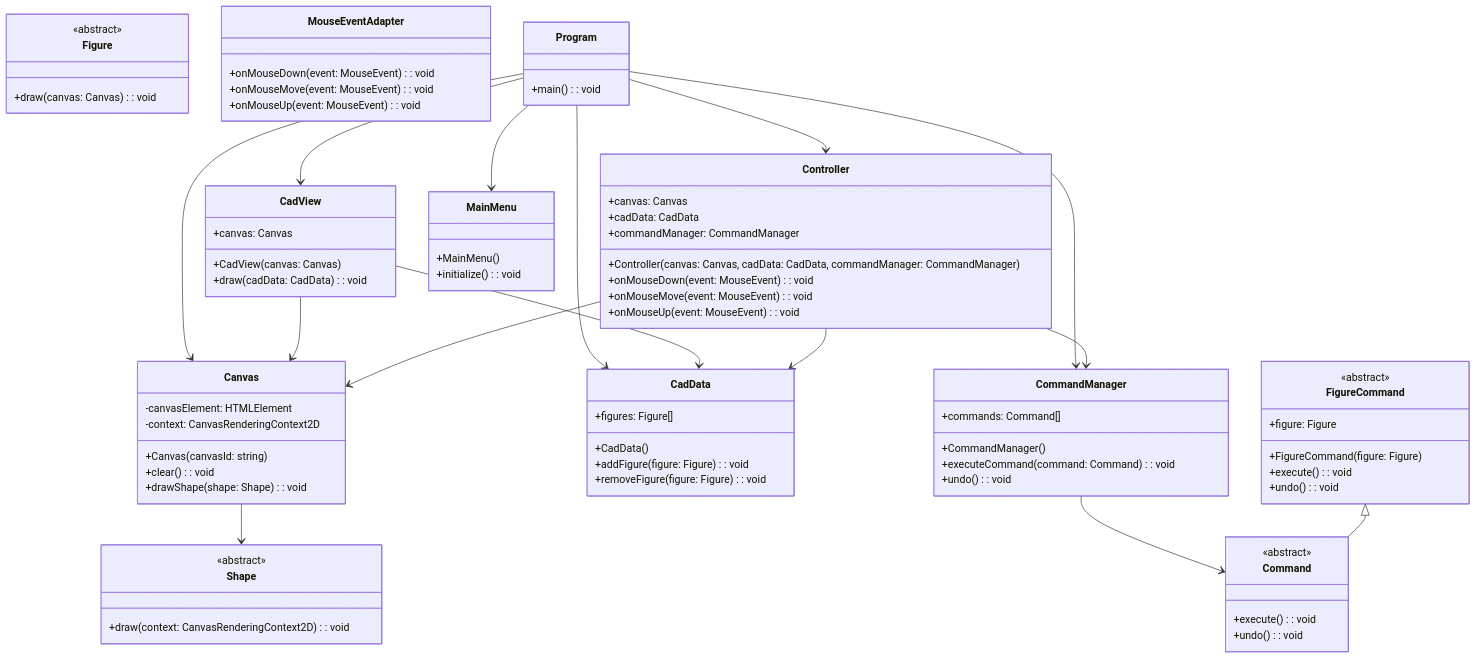
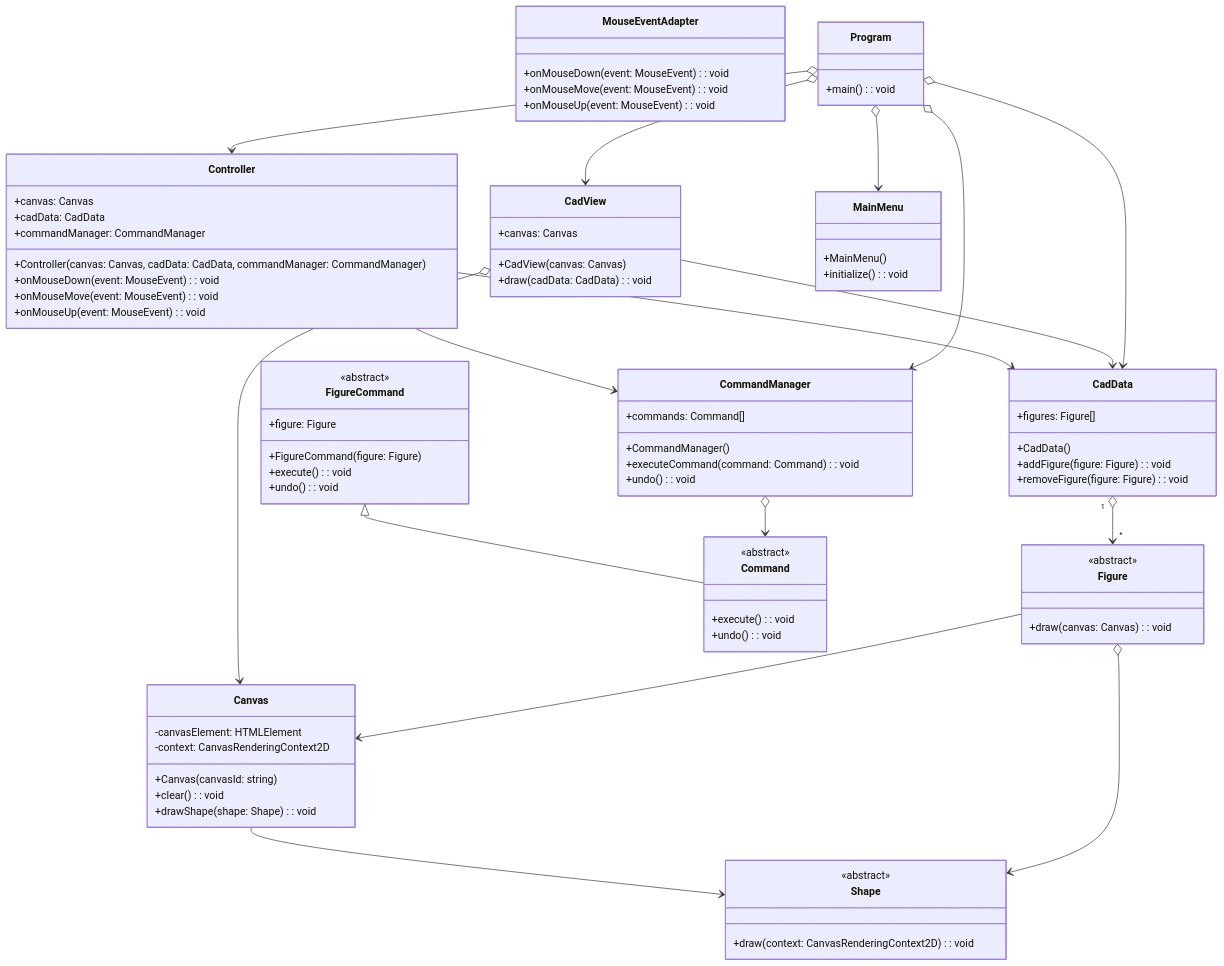
The fourth of 5 diagrams in README.md (Fujiwo/FutOopSample.20221209), drawn with Mermaid before and after one commit. The commit also changed other lines of this file, not shown here.

````diff
--- a/README.md
+++ b/README.md
@@ -331,16 +339,17 @@
 
     Canvas --> Shape
     FigureCommand <|-- Command
-    CommandManager --> Command
-    Controller --> Canvas
+    CommandManager o--> Command
     Controller --> CadData
     Controller --> CommandManager
-    CadView --> Canvas
+    CadView o--> Canvas
     CadView --> CadData
-    Program --> MainMenu
-    Program --> Controller
-    Program --> CadView
-    Program --> Canvas
-    Program --> CadData
-    Program --> CommandManager
+    CadData "1" o--> "*" Figure
+    Figure --> Canvas
+    Figure o--> Shape
+    Program o--> MainMenu
+    Program o--> Controller
+    Program o--> CadView
+    Program o--> CadData
+    Program o--> CommandManager
 ```
````
